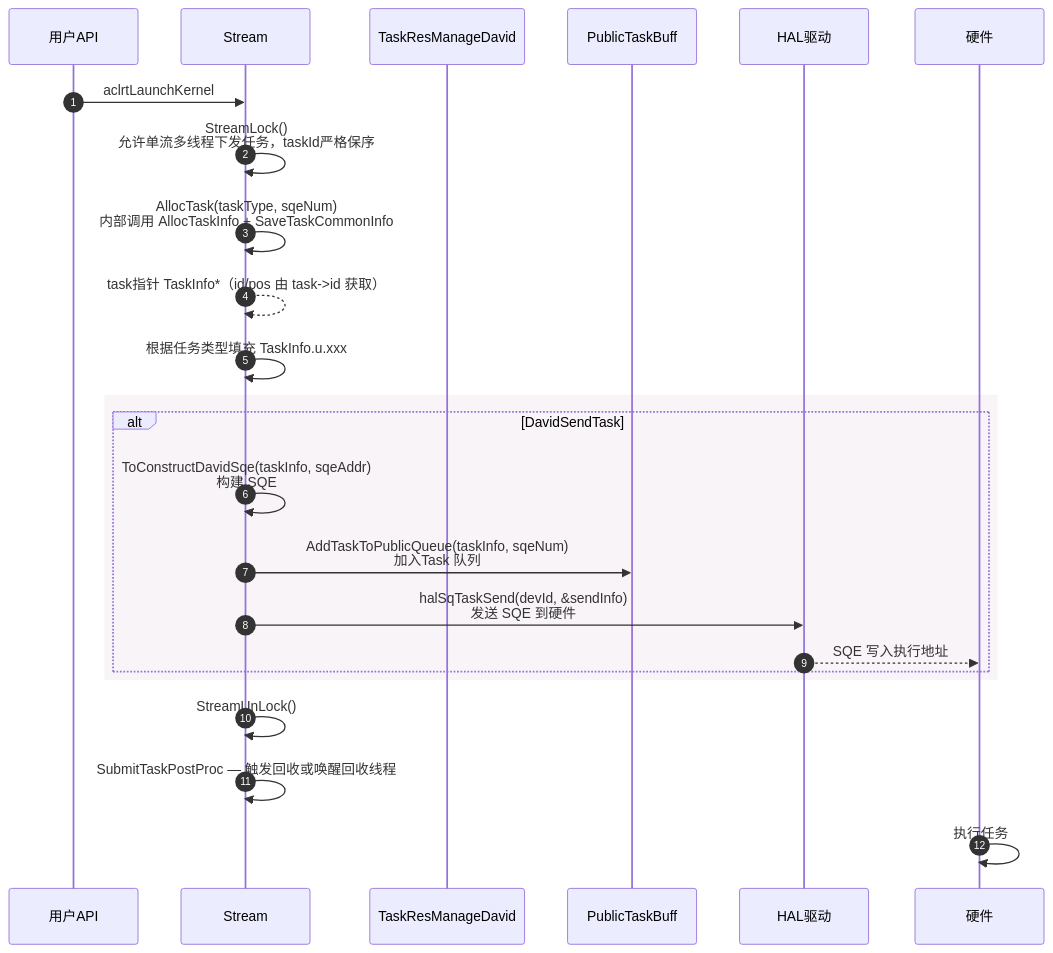
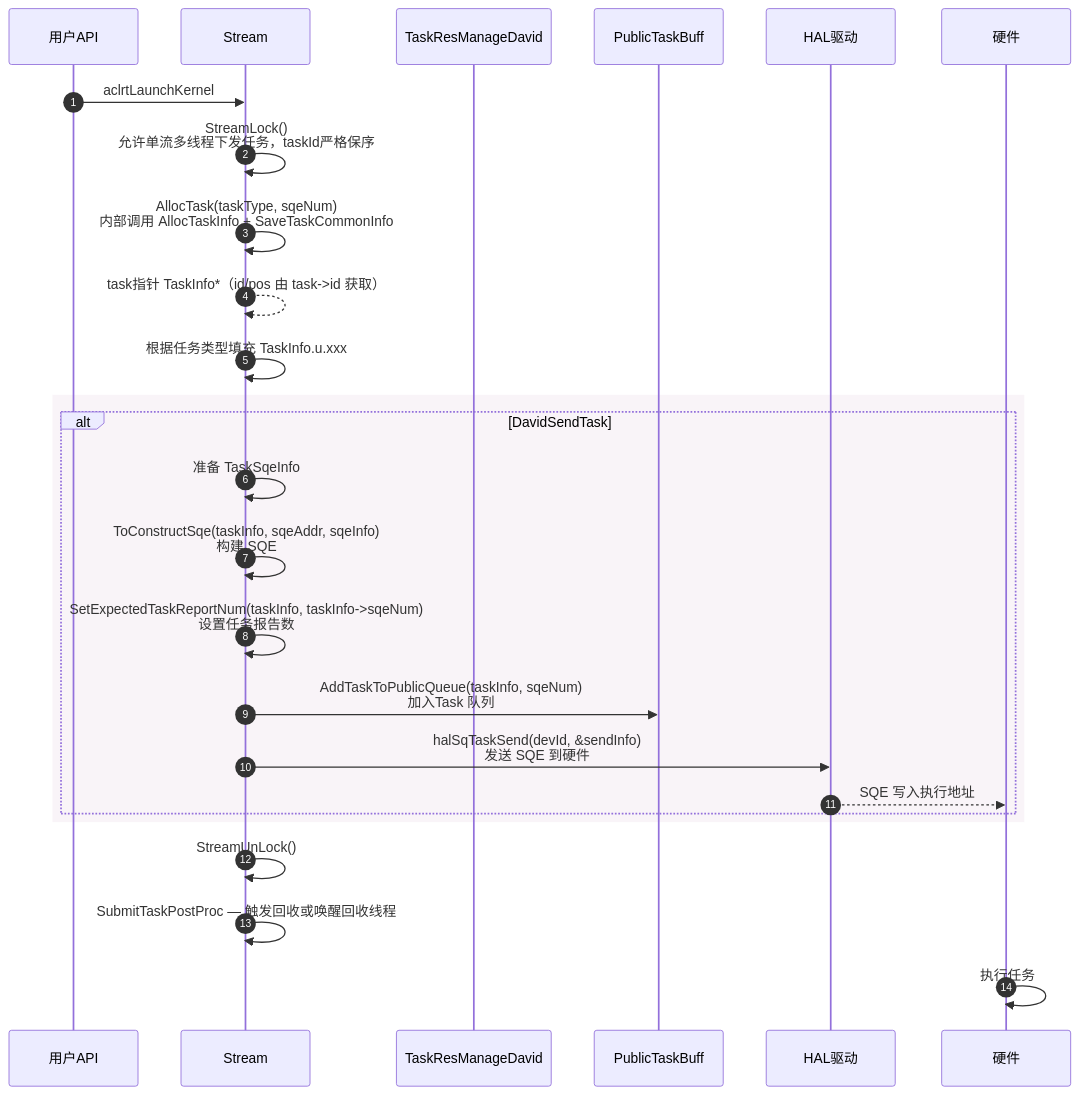
One commit to hicann/runtime changed the third of 7 diagrams in docs/zh/design/modules/task/task.md. Above: the diagram before and after it, drawn with Mermaid. The commit also changed other lines of this file and 1 other file, not shown here.

First line of the commit message:
docs: 同步 ConstructSqe 统一后的 Task 与 Stream 资料 (#829)

````diff
--- a/docs/zh/design/modules/task/task.md
+++ b/docs/zh/design/modules/task/task.md
@@ -125,29 +127,31 @@
 ```mermaid
 
 sequenceDiagram
     autonumber
     participant User as 用户API
     participant Stream as Stream
     participant TaskResMang as TaskResManageDavid
     participant PublicQueue as PublicTaskBuff
     participant Driver as HAL驱动
     participant HWTS as 硬件
 
     User->>Stream: aclrtLaunchKernel
     Stream->>Stream: StreamLock() <br/> 允许单流多线程下发任务，taskId严格保序
     Stream->>Stream: AllocTask(taskType, sqeNum) <br/> 内部调用 AllocTaskInfo + SaveTaskCommonInfo
     Stream-->>Stream: task指针 TaskInfo*（id/pos 由 task->id 获取）
     Stream->>Stream: 根据任务类型填充 TaskInfo.u.xxx
     rect rgba(245, 237, 244, 0.62)
         alt DavidSendTask
-            Stream->>Stream: ToConstructDavidSqe(taskInfo, sqeAddr) <br/> 构建 SQE
+            Stream->>Stream: 准备 TaskSqeInfo
+            Stream->>Stream: ToConstructSqe(taskInfo, sqeAddr, sqeInfo) <br/> 构建 SQE
+            Stream->>Stream: SetExpectedTaskReportNum(taskInfo, taskInfo->sqeNum) <br/> 设置任务报告数
             Stream->>PublicQueue: AddTaskToPublicQueue(taskInfo, sqeNum) <br/> 加入Task 队列
             Stream->>Driver: halSqTaskSend(devId, &sendInfo) <br/> 发送 SQE 到硬件
             Driver-->>HWTS: SQE 写入执行地址
         end
     end
     Stream->>Stream: StreamUnLock()
     Stream->>Stream: SubmitTaskPostProc — 触发回收或唤醒回收线程
     HWTS->>HWTS: 执行任务
 
 ```
````
